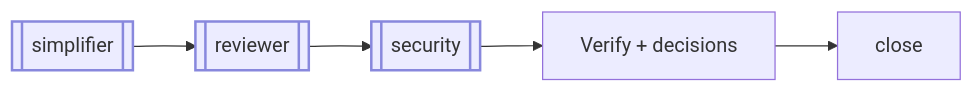
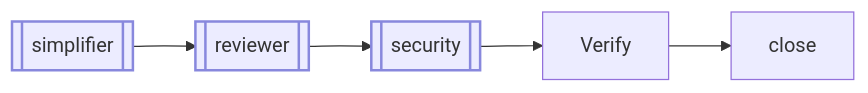
The second of 2 diagrams in README.md (chightow/canon-skills), drawn with Mermaid before and after one commit. The commit also changed other lines of this file, not shown here.

Commit message:
docs: drop Brief node and shorten Verify to clear pan controls

````diff
--- a/README.md
+++ b/README.md
@@ -87,6 +87,6 @@
 ```mermaid
 flowchart LR
-    W1[[simplifier]] --> W2[[reviewer]] --> W3[[security]] --> C1[Verify + decisions] --> C5[close]
+    W1[[simplifier]] --> W2[[reviewer]] --> W3[[security]] --> C1[Verify] --> C5[close]
     classDef subskill stroke:#8888dd,stroke-width:2px
     class W1,W2,W3 subskill
 ```
````
